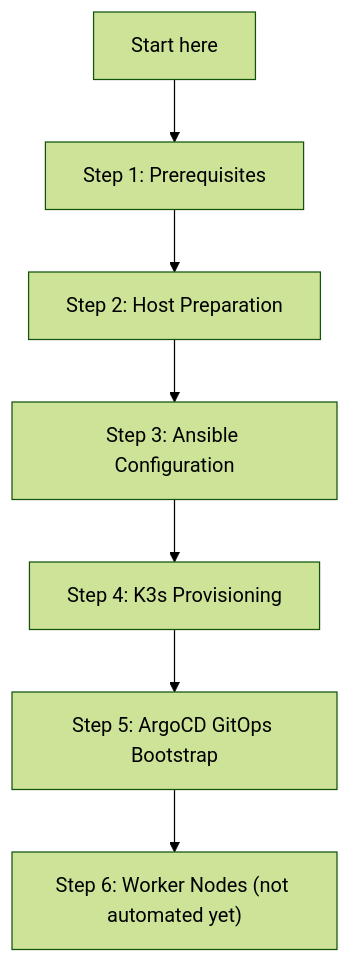
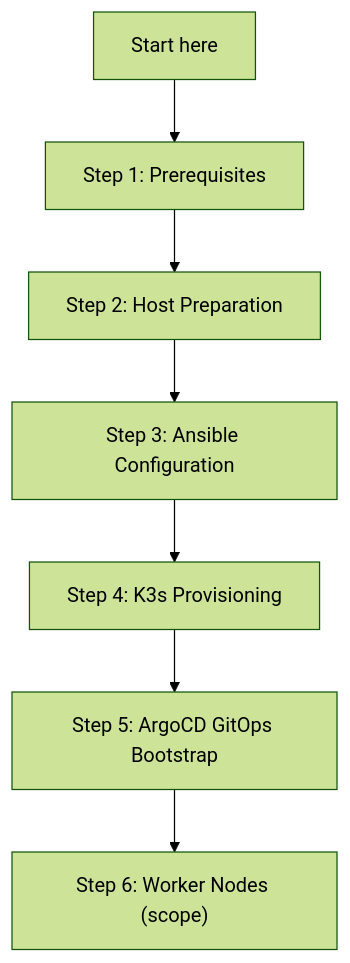
Before and after one commit to nsudhanva/homelab: the diagram in docs/src/content/docs/tutorials/index.md, drawn with Mermaid (forest theme). The commit also changed other lines of this file and 52 other files, not shown here.

````diff
--- a/docs/src/content/docs/tutorials/index.md
+++ b/docs/src/content/docs/tutorials/index.md
@@ -18,9 +18,9 @@
 ```mermaid
 flowchart TD
   Start["Start here"] --> Prereq["Step 1: Prerequisites"]
   Prereq --> Prep["Step 2: Host Preparation"]
   Prep --> Config["Step 3: Ansible Configuration"]
   Config --> Provision["Step 4: K3s Provisioning"]
   Provision --> Argo["Step 5: ArgoCD GitOps Bootstrap"]
-  Argo --> Workers["Step 6: Worker Nodes (not automated yet)"]
+  Argo --> Workers["Step 6: Worker Nodes (scope)"]
 ```
````
